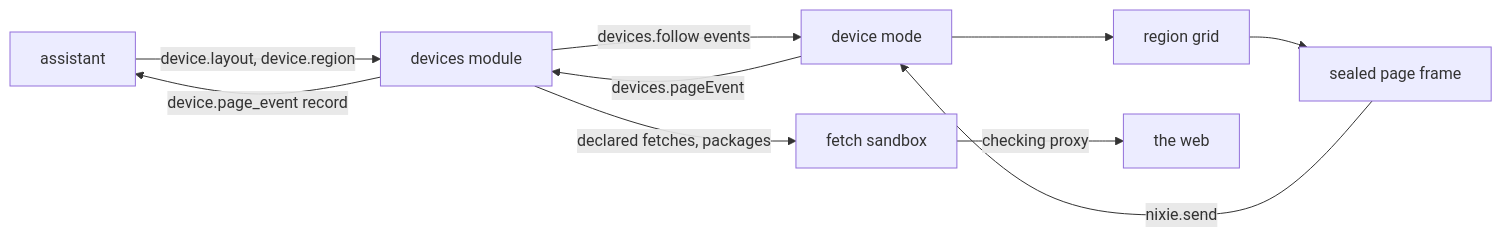
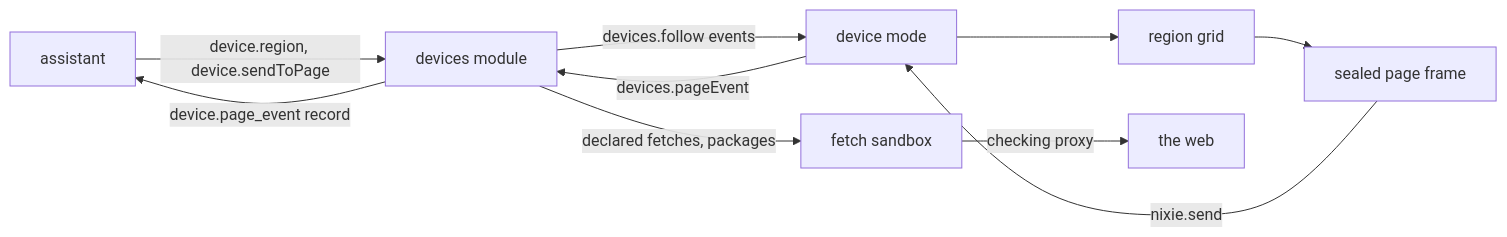
The diagram in docs/design/queue/device-layout.md (zgeoff/nixie), drawn with Mermaid before and after one commit. The commit also changed other lines of this file and 27 other files, not shown here.

````diff
--- a/docs/design/queue/device-layout.md
+++ b/docs/design/queue/device-layout.md
@@ -16,12 +16,12 @@
 ```mermaid
 flowchart LR
-  model[assistant] -->|"device.layout, device.region"| server[devices module]
+  model[assistant] -->|"device.region, device.sendToPage"| server[devices module]
   server -->|"devices.follow events"| device[device mode]
   device --> grid[region grid]
   grid --> frame[sealed page frame]
   frame -->|"nixie.send"| device
   device -->|"devices.pageEvent"| server
   server -->|"device.page_event record"| model
   server -->|"declared fetches, packages"| fetch[fetch sandbox]
   fetch -->|"checking proxy"| web[the web]
 ```
````
